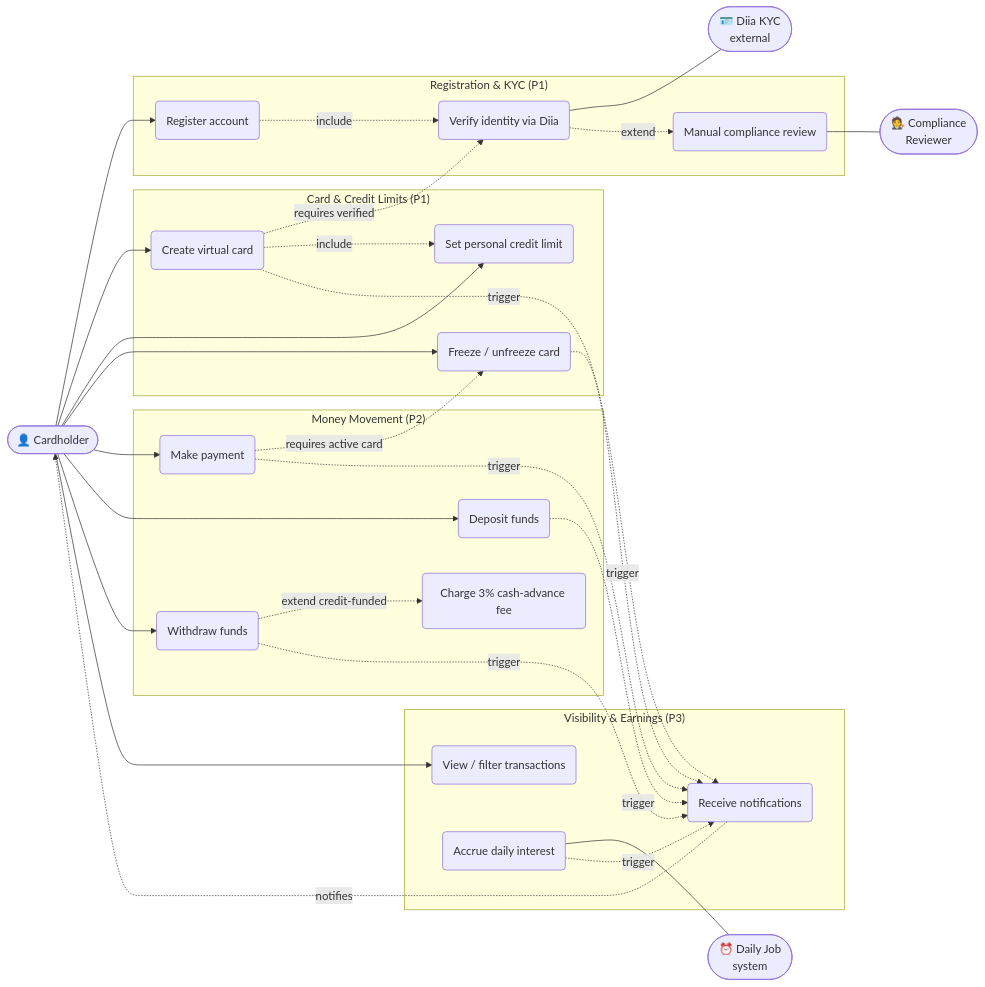
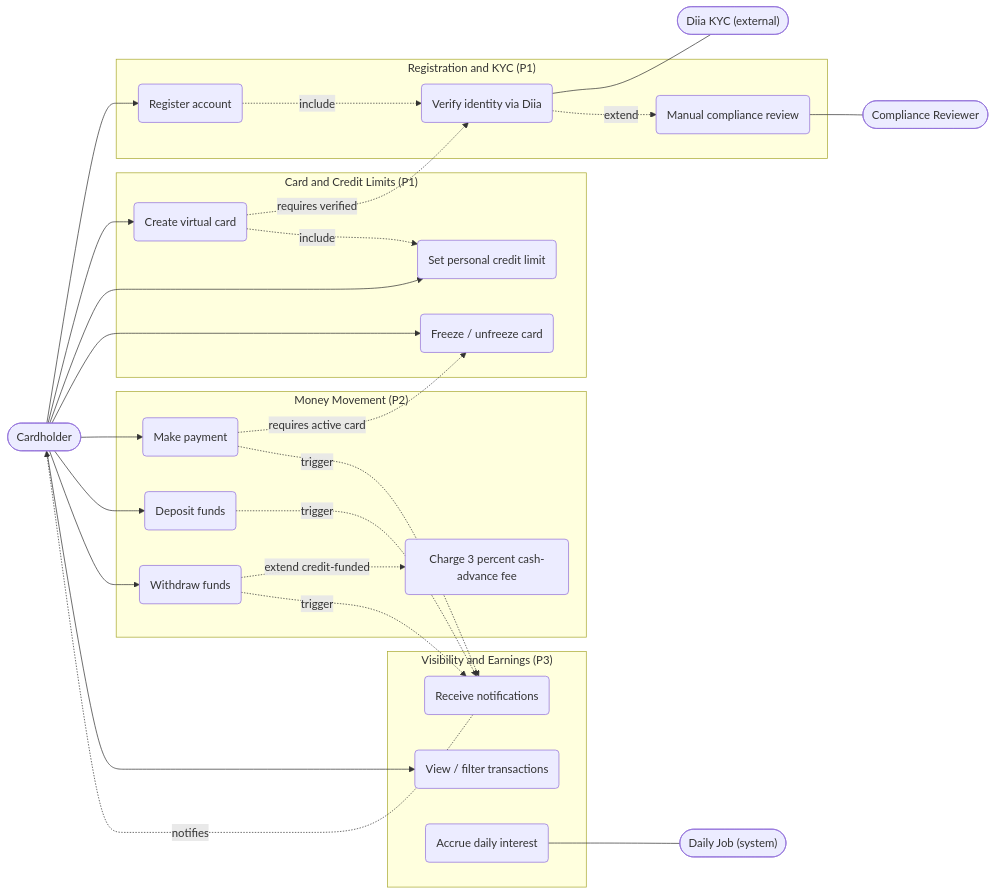
One commit to kulvitaly/gen-ai-software-engineering changed the second of 3 diagrams in homework-3/README.md. Above: the diagram before and after it, drawn with Mermaid. The commit also changed other lines of this file, not shown here.

````diff
--- a/homework-3/README.md
+++ b/homework-3/README.md
@@ -81,47 +81,56 @@
 ```mermaid
 flowchart LR
-    %% ===== Actors =====
-    User([👤 Cardholder])
-    Diia([🪪 Diia KYC<br/>external])
-    Compliance([🧑‍⚖️ Compliance<br/>Reviewer])
-    Scheduler([⏰ Daily Job<br/>system])
+    User(["Cardholder"])
+    Diia(["Diia KYC (external)"])
+    Compliance(["Compliance Reviewer"])
+    Scheduler(["Daily Job (system)"])
 
-    subgraph Onboarding["Registration & KYC (P1)"]
-        UC1(Register account)
-        UC2(Verify identity via Diia)
-        UC3(Manual compliance review)
+    subgraph Onboarding["Registration and KYC (P1)"]
+        UC1("Register account")
+        UC2("Verify identity via Diia")
+        UC3("Manual compliance review")
     end
 
-    subgraph Card["Card & Credit Limits (P1)"]
-        UC4(Create virtual card)
-        UC5(Set personal credit limit)
-        UC6(Freeze / unfreeze card)
+    subgraph Card["Card and Credit Limits (P1)"]
+        UC4("Create virtual card")
+        UC5("Set personal credit limit")
+        UC6("Freeze / unfreeze card")
     end
 
     subgraph Money["Money Movement (P2)"]
-        UC7(Make payment)
-        UC8(Deposit funds)
-        UC9(Withdraw funds)
-        UC10("Charge 3% cash-advance fee")
+        UC7("Make payment")
+        UC8("Deposit funds")
+        UC9("Withdraw funds")
+        UC10("Charge 3 percent cash-advance fee")
     end
 
-    subgraph Visibility["Visibility & Earnings (P3)"]
-        UC11(View / filter transactions)
-        UC12(Receive notifications)
-        UC13(Accrue daily interest)
+    subgraph Visibility["Visibility and Earnings (P3)"]
+        UC11("View / filter transactions")
+        UC12("Receive notifications")
+        UC13("Accrue daily interest")
     end
 
-    User --> UC1 & UC4 & UC5 & UC6 & UC7 & UC8 & UC9 & UC11
+    User --> UC1
+    User --> UC4
+    User --> UC5
+    User --> UC6
+    User --> UC7
+    User --> UC8
+    User --> UC9
+    User --> UC11
+
     UC2 --- Diia
     UC3 --- Compliance
     UC13 --- Scheduler
     UC12 -.notifies.-> User
 
     UC1 -. include .-> UC2
     UC2 -. extend .-> UC3
     UC4 -. requires verified .-> UC2
     UC4 -. include .-> UC5
     UC7 -. requires active card .-> UC6
     UC9 -. extend credit-funded .-> UC10
-    UC4 & UC6 & UC7 & UC8 & UC9 & UC13 -. trigger .-> UC12
+    UC7 -. trigger .-> UC12
+    UC8 -. trigger .-> UC12
+    UC9 -. trigger .-> UC12
 ```
````
